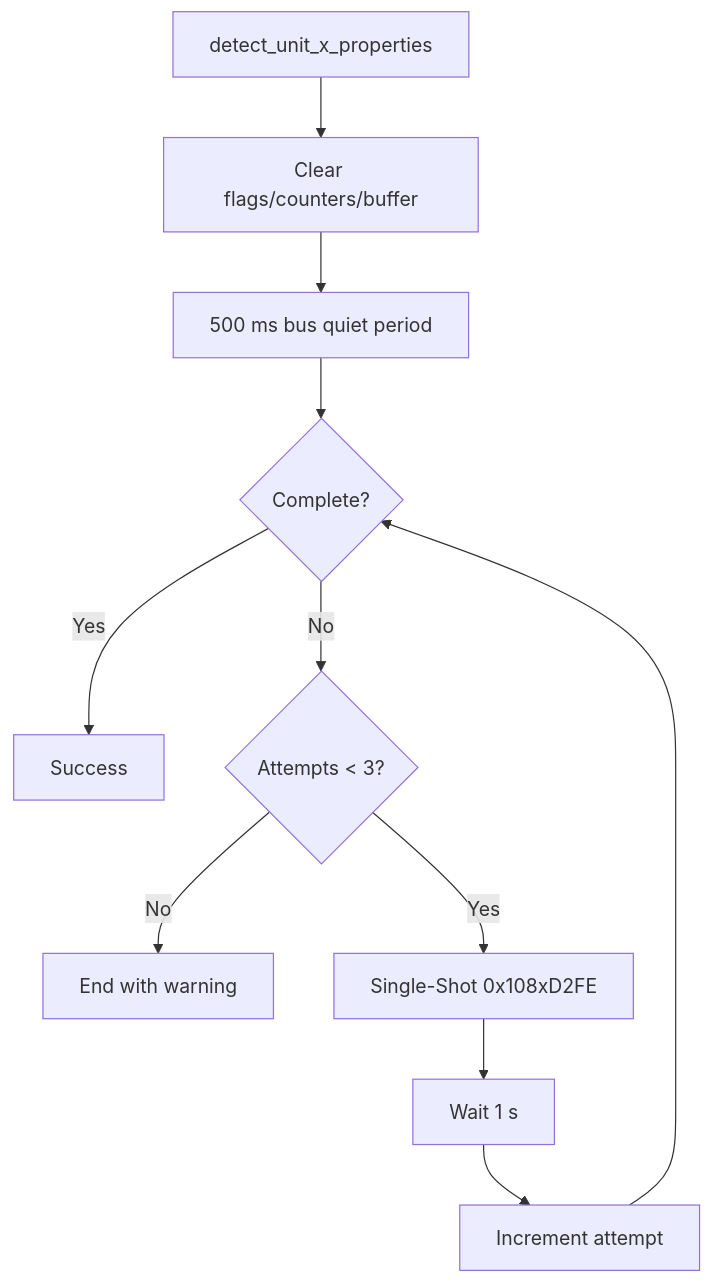
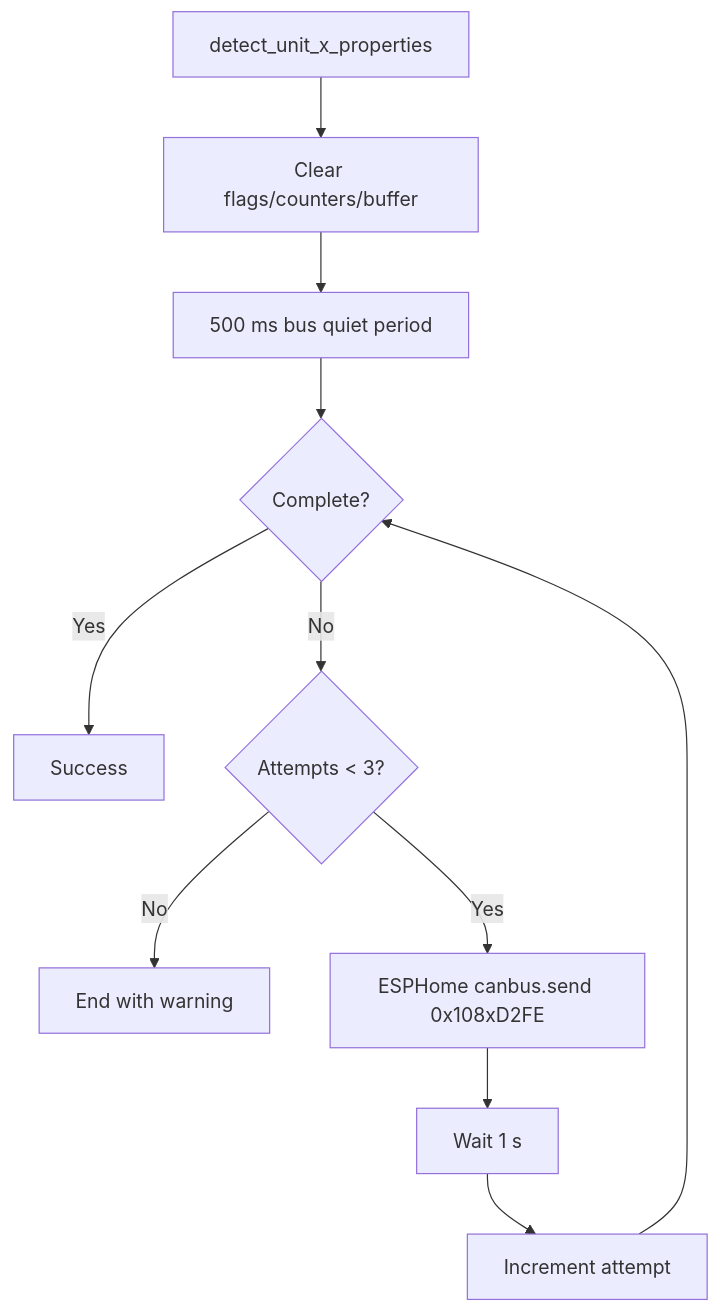
The eighth of 20 diagrams in R4875G1_CONTROL_FLOWS.md (anwa/esphome-r4875g1-3phase-charger), drawn with Mermaid before and after one commit. The commit also changed other lines of this file, not shown here.

Commit message:
Align control flows with stable CAN baseline

````diff
--- a/R4875G1_CONTROL_FLOWS.md
+++ b/R4875G1_CONTROL_FLOWS.md
@@ -250,13 +249,13 @@
 ```mermaid
 flowchart TD
     A[detect_unit_x_properties] --> B[Clear flags/counters/buffer]
     B --> C[500 ms bus quiet period]
     C --> D{Complete?}
     D -- Yes --> OK[Success]
     D -- No --> E{Attempts < 3?}
     E -- No --> FAIL[End with warning]
-    E -- Yes --> F[Single-Shot 0x108xD2FE]
+    E -- Yes --> F[ESPHome canbus.send 0x108xD2FE]
     F --> G[Wait 1 s]
     G --> H[Increment attempt]
     H --> D
 ```
````
